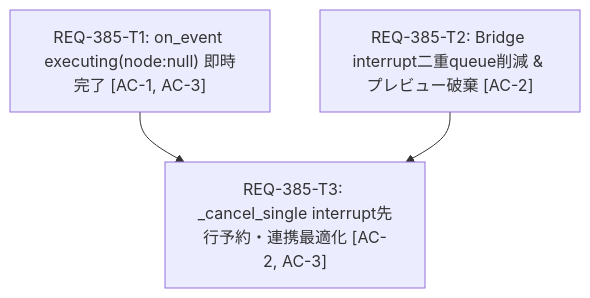
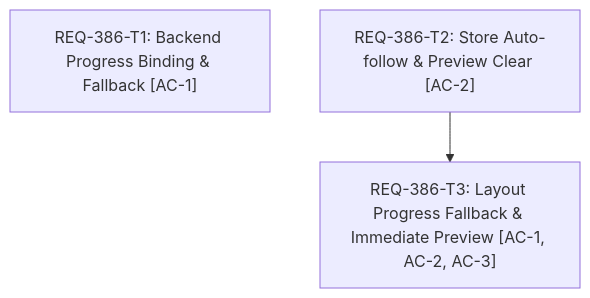
Before and after one commit to TAKE4548/comfy-create-helper2: the diagram in implementation_plan.md, drawn with Mermaid. The commit also changed other lines of this file and 18 other files, not shown here.

````diff
--- a/implementation_plan.md
+++ b/implementation_plan.md
@@ -29,9 +34,8 @@
 ```mermaid
 graph TD
-  REQ-385-T1["REQ-385-T1: on_event executing(node:null) 即時完了 [AC-1, AC-3]"]
-  REQ-385-T2["REQ-385-T2: Bridge interrupt二重queue削減 & プレビュー破棄 [AC-2]"]
-  REQ-385-T3["REQ-385-T3: _cancel_single interrupt先行予約・連携最適化 [AC-2, AC-3]"]
+  REQ-386-T1["REQ-386-T1: Backend Progress Binding & Fallback [AC-1]"]
+  REQ-386-T2["REQ-386-T2: Store Auto-follow & Preview Clear [AC-2]"]
+  REQ-386-T3["REQ-386-T3: Layout Progress Fallback & Immediate Preview [AC-1, AC-2, AC-3]"]
 
-  REQ-385-T1 --> REQ-385-T3
-  REQ-385-T2 --> REQ-385-T3
+  REQ-386-T2 --> REQ-386-T3
 ```
````
